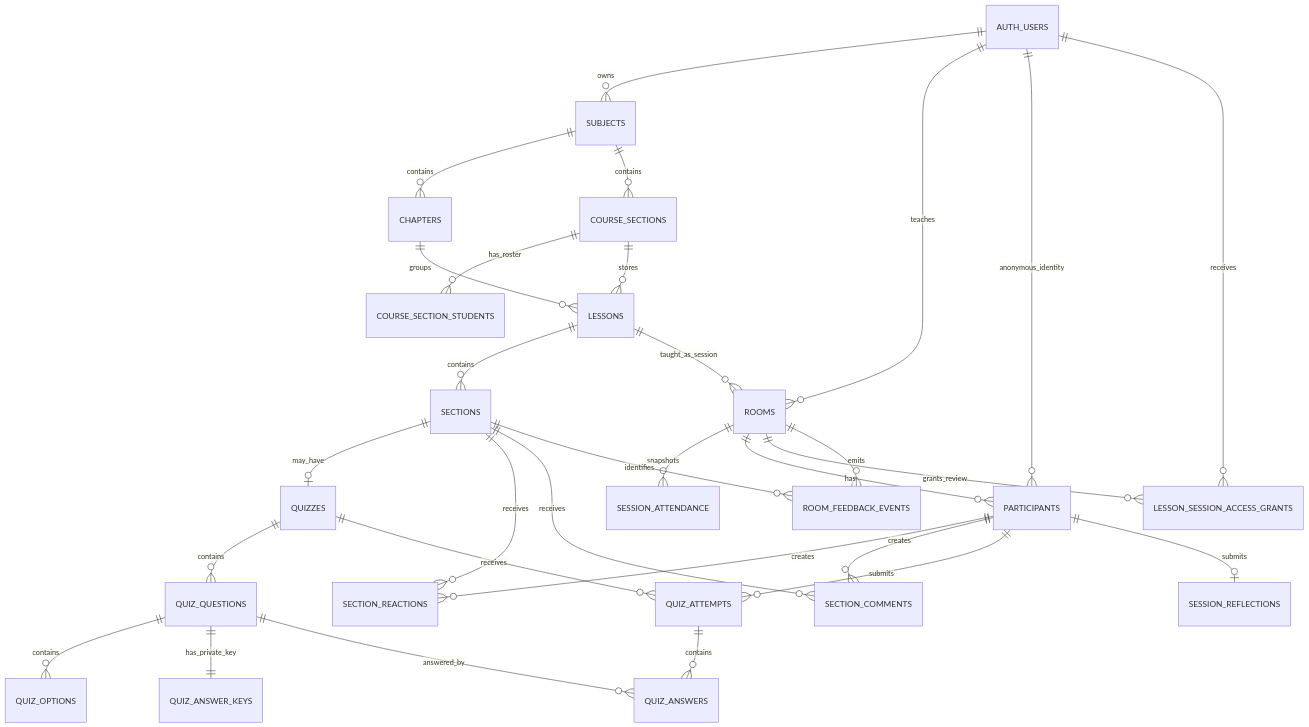
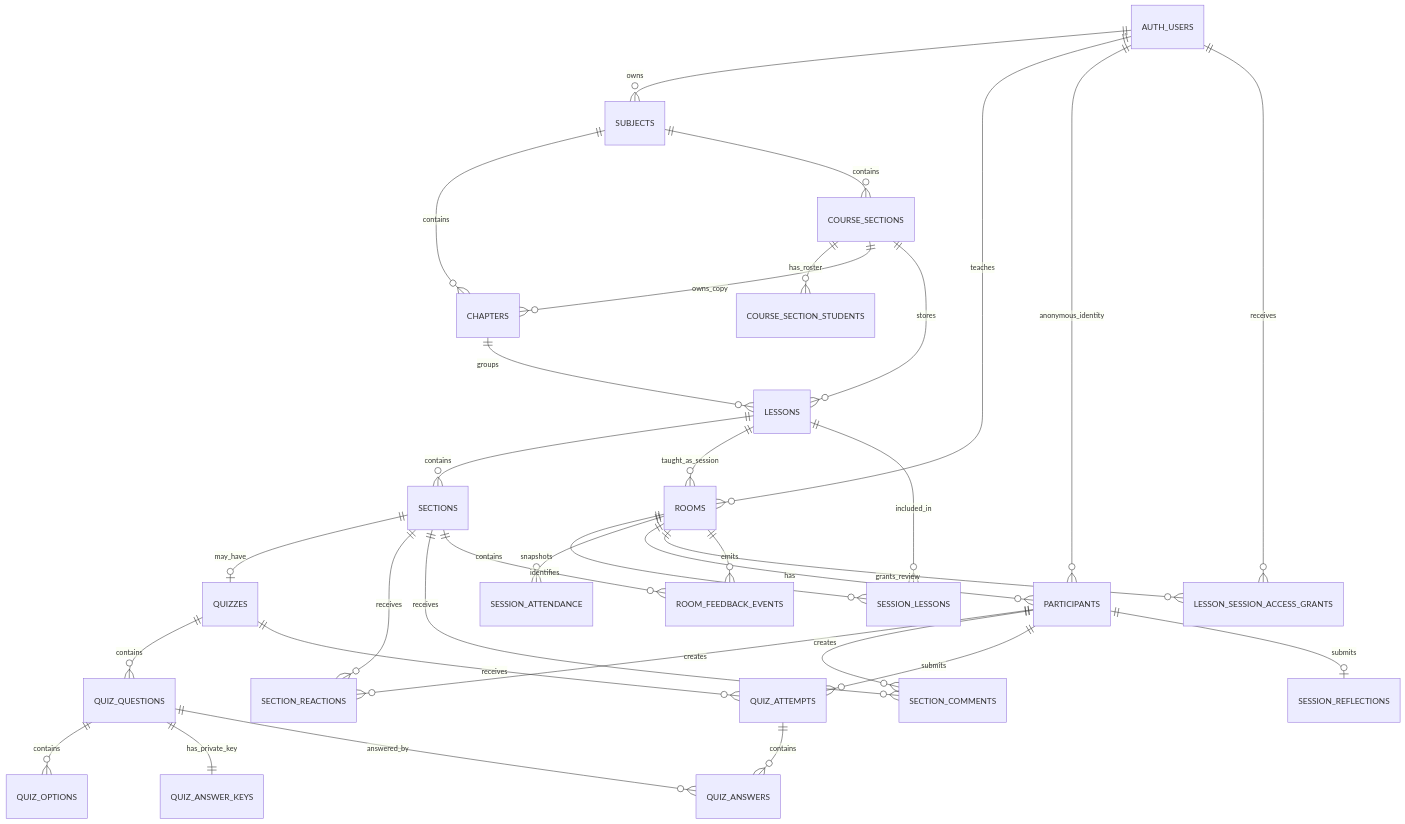
One commit to duytuandao21/min-class changed the diagram in document/DATABASE_DOCUMENTATION.md. Above: the diagram before and after it, drawn with Mermaid. The commit also changed other lines of this file and 9 other files, not shown here.

````diff
--- a/document/DATABASE_DOCUMENTATION.md
+++ b/document/DATABASE_DOCUMENTATION.md
@@ -13,37 +13,40 @@
 ```mermaid
 erDiagram
     AUTH_USERS ||--o{ SUBJECTS : owns
     AUTH_USERS ||--o{ ROOMS : teaches
     AUTH_USERS ||--o{ PARTICIPANTS : anonymous_identity
     AUTH_USERS ||--o{ LESSON_SESSION_ACCESS_GRANTS : receives
 
     SUBJECTS ||--o{ CHAPTERS : contains
     SUBJECTS ||--o{ COURSE_SECTIONS : contains
     COURSE_SECTIONS ||--o{ COURSE_SECTION_STUDENTS : has_roster
+    COURSE_SECTIONS ||--o{ CHAPTERS : owns_copy
     COURSE_SECTIONS ||--o{ LESSONS : stores
     CHAPTERS ||--o{ LESSONS : groups
 
     LESSONS ||--o{ SECTIONS : contains
     LESSONS ||--o{ ROOMS : taught_as_session
+    LESSONS ||--o{ SESSION_LESSONS : included_in
+    ROOMS ||--o{ SESSION_LESSONS : contains
     ROOMS ||--o{ SESSION_ATTENDANCE : snapshots
     ROOMS ||--o{ PARTICIPANTS : has
     ROOMS ||--o{ LESSON_SESSION_ACCESS_GRANTS : grants_review
     ROOMS ||--o{ ROOM_FEEDBACK_EVENTS : emits
 
     SECTIONS ||--o| QUIZZES : may_have
     SECTIONS ||--o{ SECTION_REACTIONS : receives
     SECTIONS ||--o{ SECTION_COMMENTS : receives
     SECTIONS ||--o{ ROOM_FEEDBACK_EVENTS : identifies
 
     PARTICIPANTS ||--o{ SECTION_REACTIONS : creates
     PARTICIPANTS ||--o{ SECTION_COMMENTS : creates
     PARTICIPANTS ||--o{ QUIZ_ATTEMPTS : submits
     PARTICIPANTS ||--o| SESSION_REFLECTIONS : submits
 
     QUIZZES ||--o{ QUIZ_QUESTIONS : contains
     QUIZZES ||--o{ QUIZ_ATTEMPTS : receives
     QUIZ_QUESTIONS ||--o{ QUIZ_OPTIONS : contains
     QUIZ_QUESTIONS ||--|| QUIZ_ANSWER_KEYS : has_private_key
     QUIZ_ATTEMPTS ||--o{ QUIZ_ANSWERS : contains
     QUIZ_QUESTIONS ||--o{ QUIZ_ANSWERS : answered_by
 ```
````
